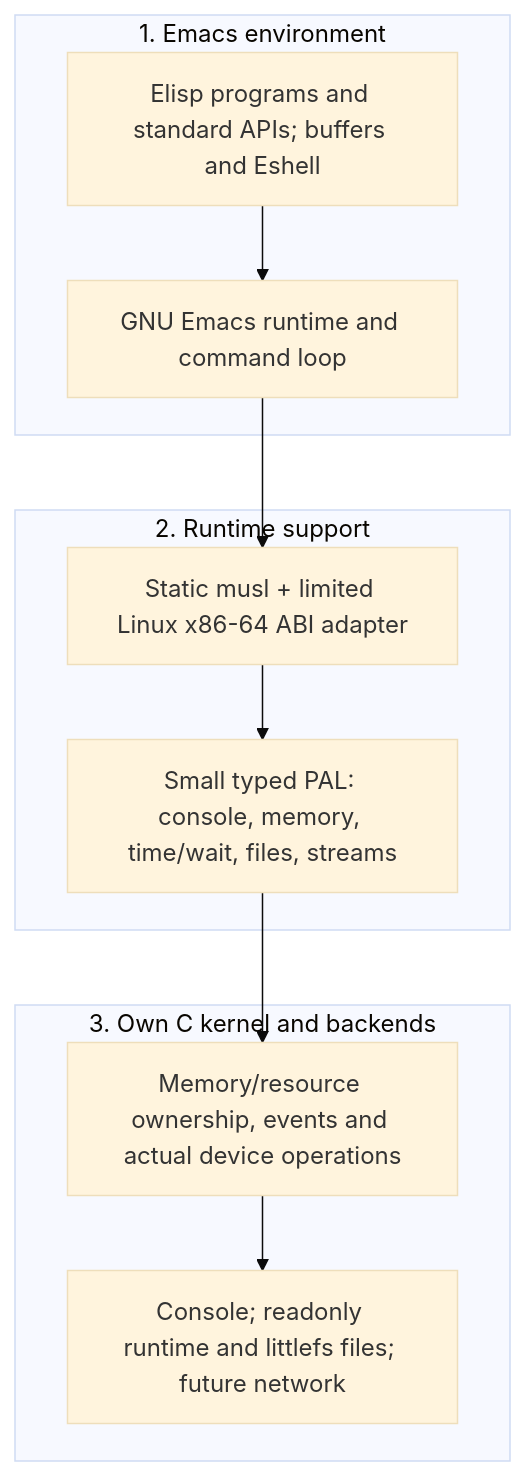
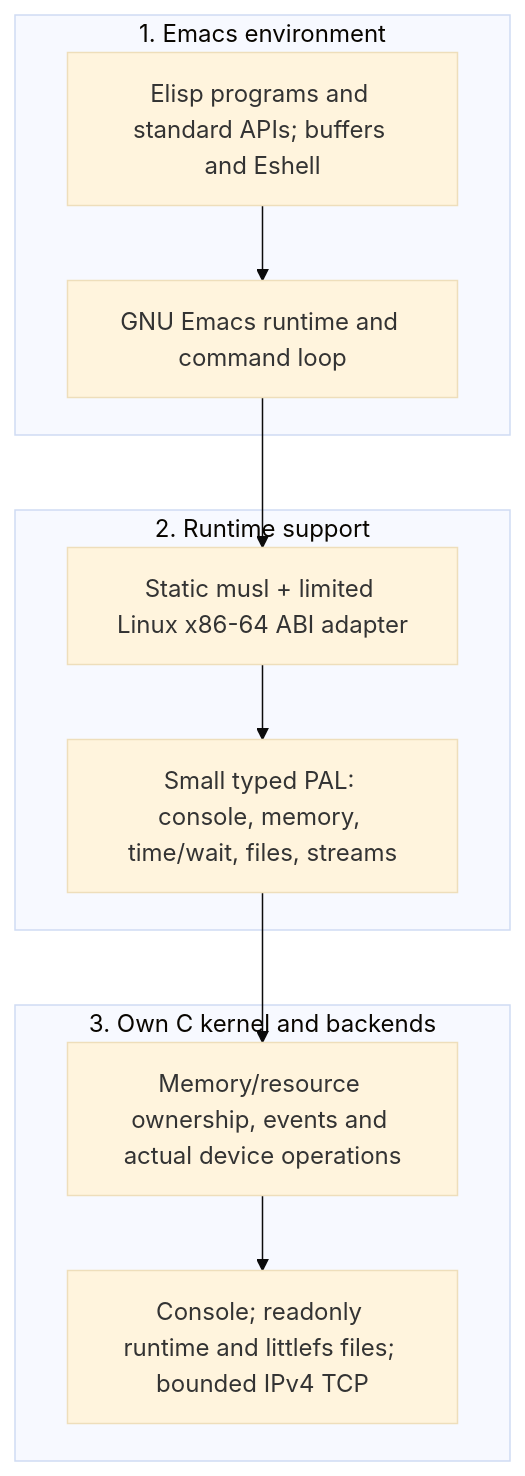
Before and after one commit to suxiaogang223/emacsos: the diagram in docs/design.md, drawn with Mermaid (base theme). The commit also changed other lines of this file and 51 other files, not shown here.

````diff
--- a/docs/design.md
+++ b/docs/design.md
@@ -30,20 +33,20 @@
 ```mermaid
 flowchart TB
     subgraph environment["1. Emacs environment"]
       tools["Elisp programs and standard APIs; buffers and Eshell"]
       runtime["GNU Emacs runtime and command loop"]
       tools --> runtime
     end
     subgraph support["2. Runtime support"]
       adapter["Static musl + limited Linux x86-64 ABI adapter"]
       pal["Small typed PAL: console, memory, time/wait, files, streams"]
       adapter --> pal
     end
     subgraph kernel["3. Own C kernel and backends"]
       core["Memory/resource ownership, events and actual device operations"]
-      backend["Console; readonly runtime and littlefs files; future network"]
+      backend["Console; readonly runtime and littlefs files; bounded IPv4 TCP"]
       core --> backend
     end
     runtime --> adapter
     pal --> core
 ```
````
